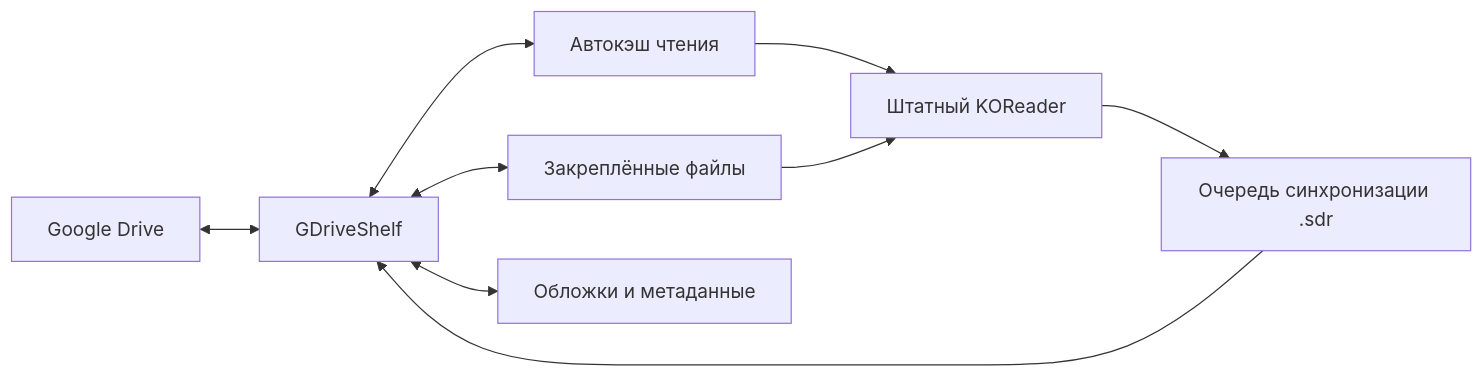
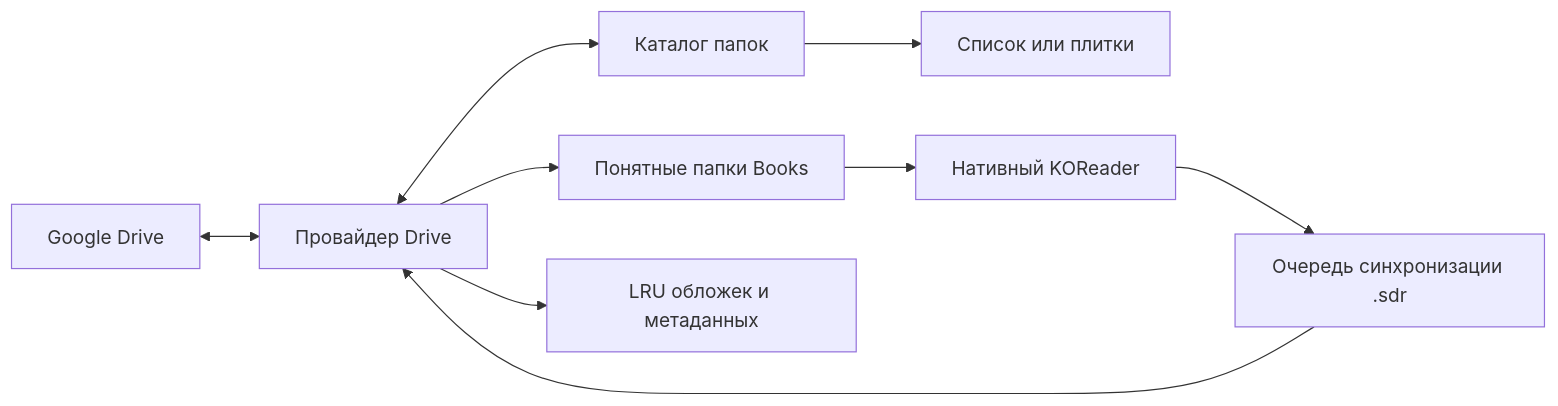
Before and after one commit to mewforest/gdriveshelf.koplugin: the diagram in README.ru.md, drawn with Mermaid. The commit also changed other lines of this file and 51 other files, not shown here.

````diff
--- a/README.ru.md
+++ b/README.ru.md
@@ -59,11 +68,11 @@
 ```mermaid
 flowchart LR
-    Drive[Google Drive] <--> Shelf[GDriveShelf]
-    Shelf <--> Auto[Автокэш чтения]
-    Shelf <--> Offline[Закреплённые файлы]
-    Shelf <--> Metadata[Обложки и метаданные]
-    Auto --> Reader[Штатный KOReader]
-    Offline --> Reader
-    Reader --> Pending[Очередь синхронизации .sdr]
-    Pending --> Shelf
+    Drive[Google Drive] <--> Provider[Провайдер Drive]
+    Provider <--> Catalog[Каталог папок]
+    Provider --> Books[Понятные папки Books]
+    Provider --> Metadata[LRU обложек и метаданных]
+    Catalog --> UI[Список или плитки]
+    Books --> Reader[Нативный KOReader]
+    Reader --> Queue[Очередь синхронизации .sdr]
+    Queue --> Provider
 ```
````
